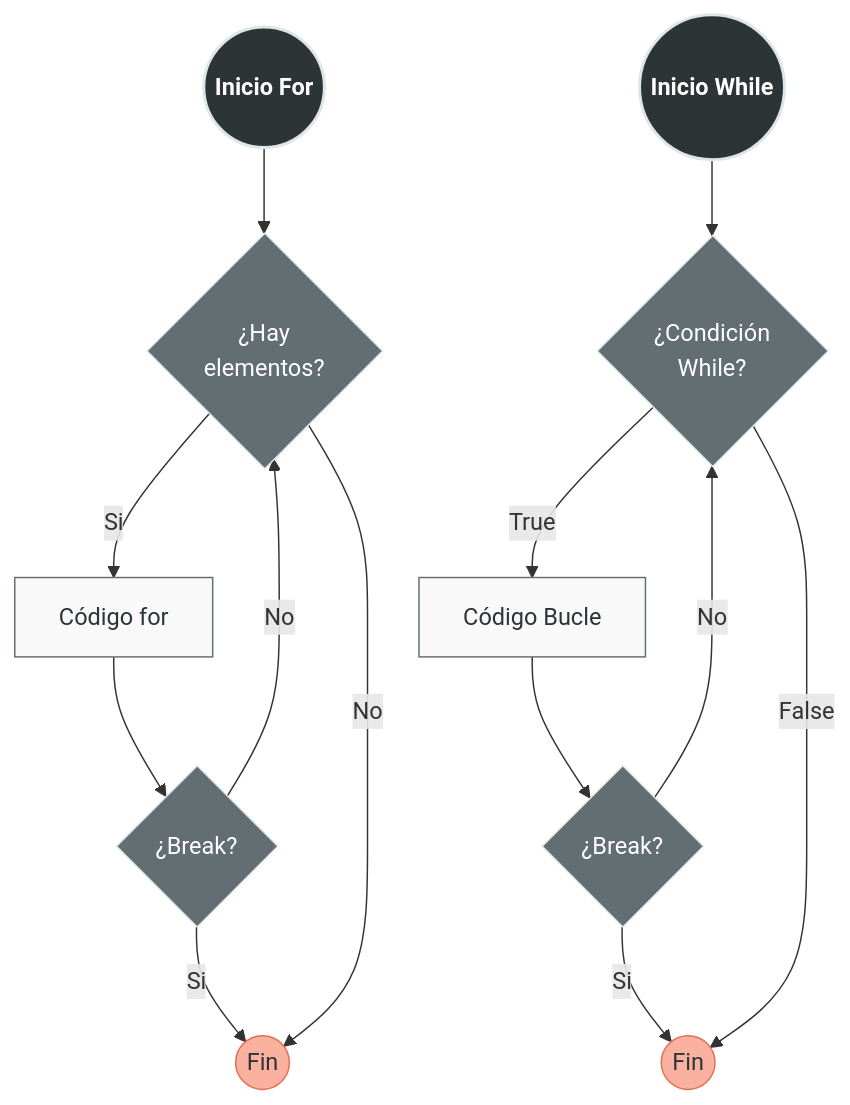
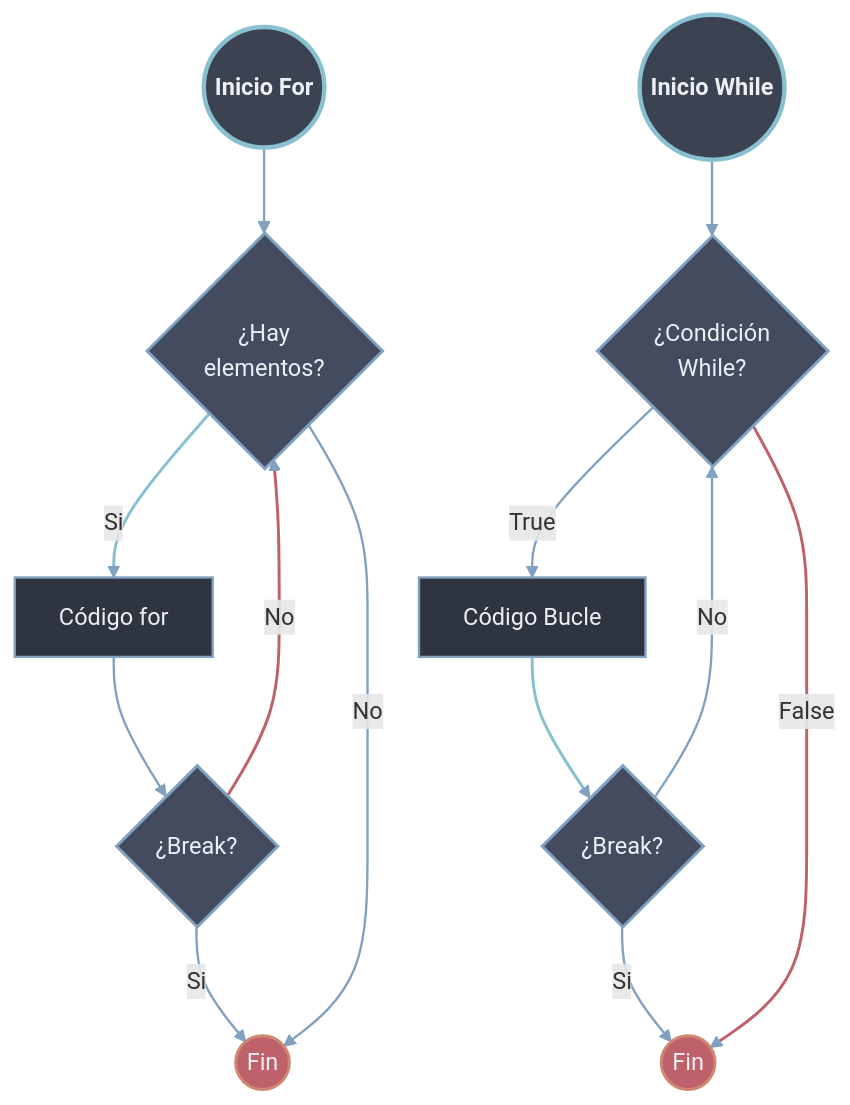
One commit to Pineapple-Mikael-Engineer/Python_Obsidian changed the first of 2 diagrams in 100 Programación Orientada a Procesos/20 Estructuras de Control/03 Control de Flujo.md. Above: the diagram before and after it, drawn with Mermaid. The commit also changed other lines of this file and 9 other files, not shown here.

Commit message:
fix: Arreglar Graficos Mermaid a Estandar

````diff
--- a/100 Programación Orientada a Procesos/20 Estructuras de Control/03 Control de Flujo.md
+++ b/100 Programación Orientada a Procesos/20 Estructuras de Control/03 Control de Flujo.md
@@ -29,31 +29,33 @@
 ```mermaid
 flowchart TD
-    classDef principal fill:#2d3436,stroke:#dfe6e9,stroke-width:2px,color:#fff,font-weight:bold;
-    classDef categoria fill:#636e72,stroke:#dfe6e9,stroke-width:1px,color:#fff;
-    classDef tipo fill:#f9f9f9,stroke:#636e72,stroke-width:1px,color:#2d3436;
-    classDef especial fill:#fab1a0,stroke:#e17055,stroke-width:1px,color:#2d3436;
+    classDef principal fill:#3b4252,stroke:#88c0d0,stroke-width:3px,color:#eceff4,font-weight:bold;
+    classDef categoria fill:#434c5e,stroke:#81a1c1,stroke-width:2px,color:#eceff4;
+    classDef tipo fill:#2e3440,stroke:#81a1c1,stroke-width:1.6px,color:#eceff4;
+    classDef especial fill:#bf616a,stroke:#d08770,stroke-width:2px,color:#eceff4;
 
     Start_1((Inicio For)):::principal --> GetNext_1{¿Hay<br/>elementos?}:::categoria
     
     GetNext_1 -- Si --> Body_1[Código for]:::tipo
     Body_1 --> CheckBreak_1{¿Break?}:::categoria
     
     CheckBreak_1 -- Si --> End_1((Fin)):::especial
-    
     CheckBreak_1 -- No --> GetNext_1
     GetNext_1 -- No --> End_1
 
-
-    
     Start_2((Inicio While)):::principal --> Cond_2{¿Condición<br/>While?}:::categoria
     
     Cond_2 -- True --> Body_2[Código Bucle]:::tipo
     Body_2 --> CheckBreak_2{¿Break?}:::categoria
     
     CheckBreak_2 -- Si --> End_2((Fin)):::especial
-    
     CheckBreak_2 -- No --> Cond_2
     
     Cond_2 -- False --> End_2
 
+    linkStyle default stroke:#81a1c1,stroke-width:1.6px
+    linkStyle 1 stroke:#88c0d0,stroke-width:2px
+    linkStyle 4 stroke:#bf616a,stroke-width:2px
+    linkStyle 8 stroke:#88c0d0,stroke-width:2px
+    linkStyle 11 stroke:#bf616a,stroke-width:2px
+
 ```
````
